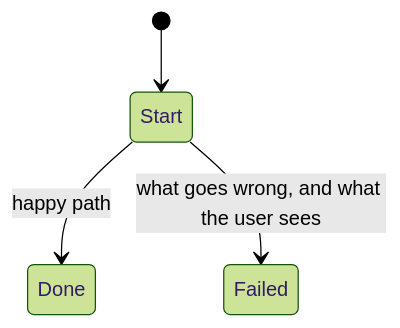
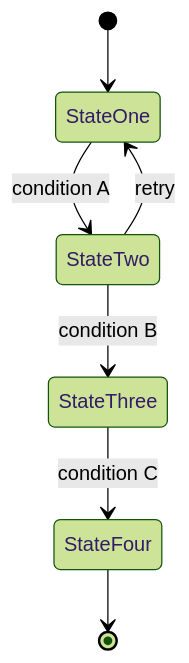
One commit to DICOMPUTE/Open changed the second of 2 diagrams in .github/ISSUE_TEMPLATE/issue.md. Above: the diagram before and after it, drawn with Mermaid (forest theme). The commit also changed other lines of this file, not shown here.

````diff
--- a/.github/ISSUE_TEMPLATE/issue.md
+++ b/.github/ISSUE_TEMPLATE/issue.md
@@ -84,6 +106,9 @@
 ```mermaid
 stateDiagram-v2
-  [*] --> Start
-  Start --> Done: happy path
-  Start --> Failed: what goes wrong, and what the user sees
+    [*] --> StateOne
+    StateOne --> StateTwo: condition A
+    StateTwo --> StateThree: condition B
+    StateTwo --> StateOne: retry
+    StateThree --> StateFour: condition C
+    StateFour --> [*]
 ```
````
